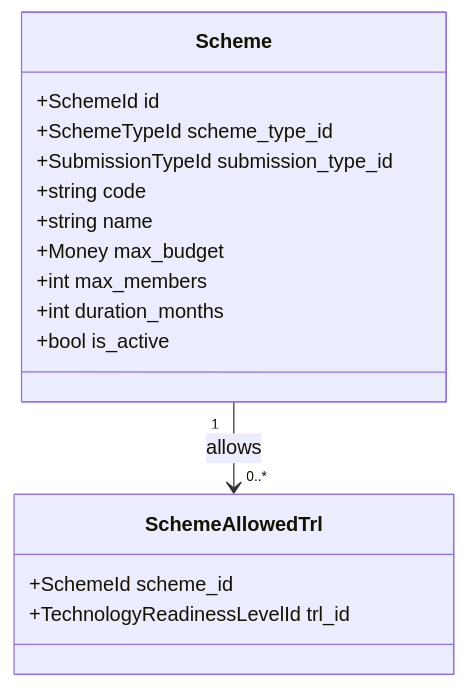
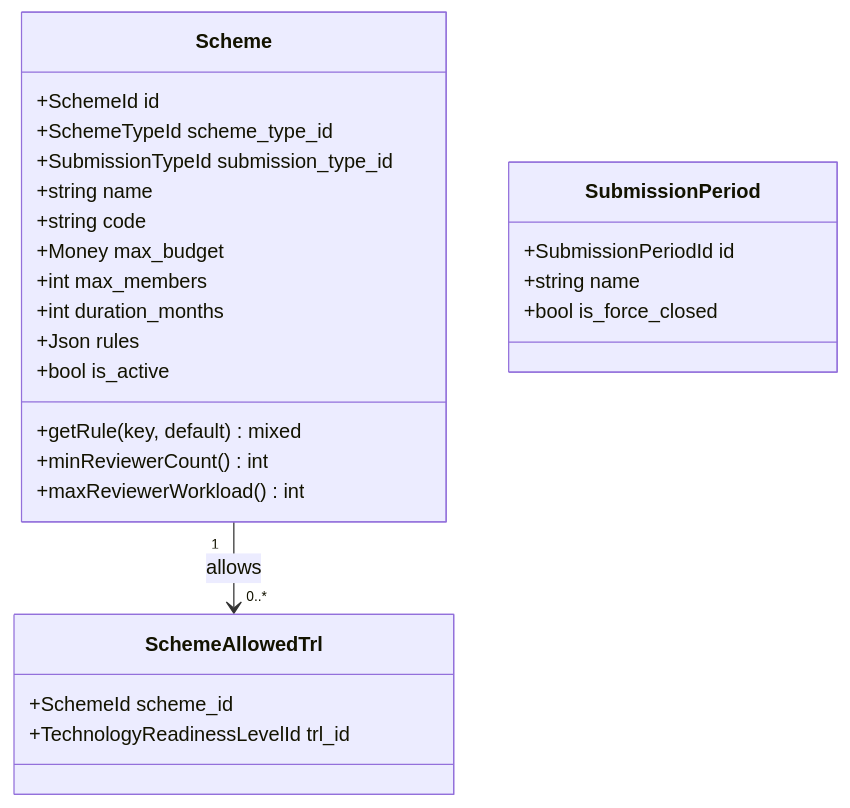
The third of 3 diagrams in docs/requirement-analysis/ddd/supporting/04_scheme.md (nas11ai/sim-kerjasama-itk), drawn with Mermaid before and after one commit. The commit also changed other lines of this file and 12 other files, not shown here.

````diff
--- a/docs/requirement-analysis/ddd/supporting/04_scheme.md
+++ b/docs/requirement-analysis/ddd/supporting/04_scheme.md
@@ -115,21 +121,31 @@
 ```mermaid
 classDiagram
     class Scheme {
         +SchemeId id
         +SchemeTypeId scheme_type_id
         +SubmissionTypeId submission_type_id
+        +string name
         +string code
-        +string name
         +Money max_budget
         +int max_members
         +int duration_months
+        +Json rules
         +bool is_active
+        +getRule(key, default) mixed
+        +minReviewerCount() int
+        +maxReviewerWorkload() int
     }
 
     class SchemeAllowedTrl {
         +SchemeId scheme_id
         +TechnologyReadinessLevelId trl_id
     }
 
+    class SubmissionPeriod {
+        +SubmissionPeriodId id
+        +string name
+        +bool is_force_closed
+    }
+
     Scheme "1" --> "0..*" SchemeAllowedTrl : allows
 ```
````
